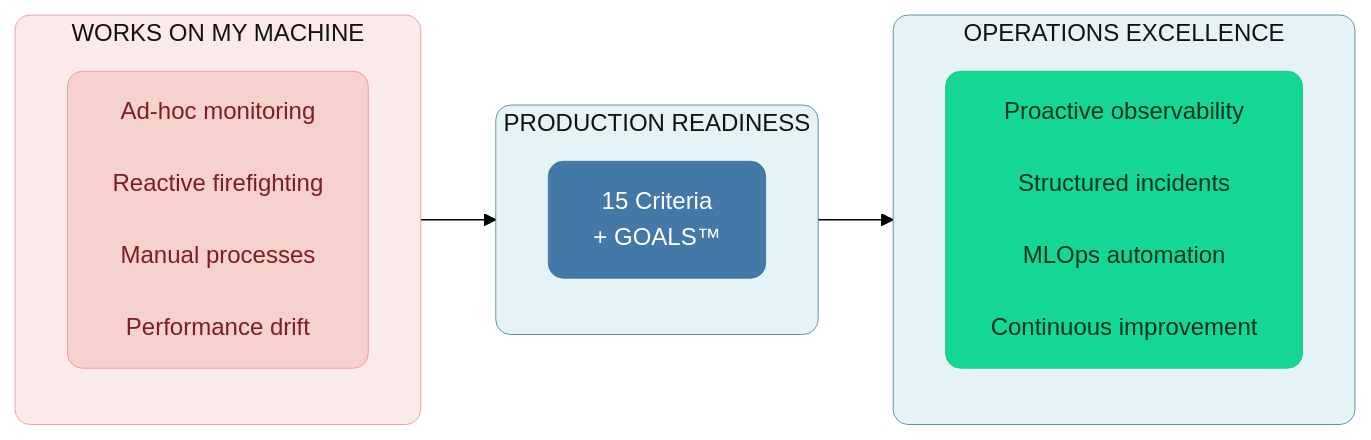
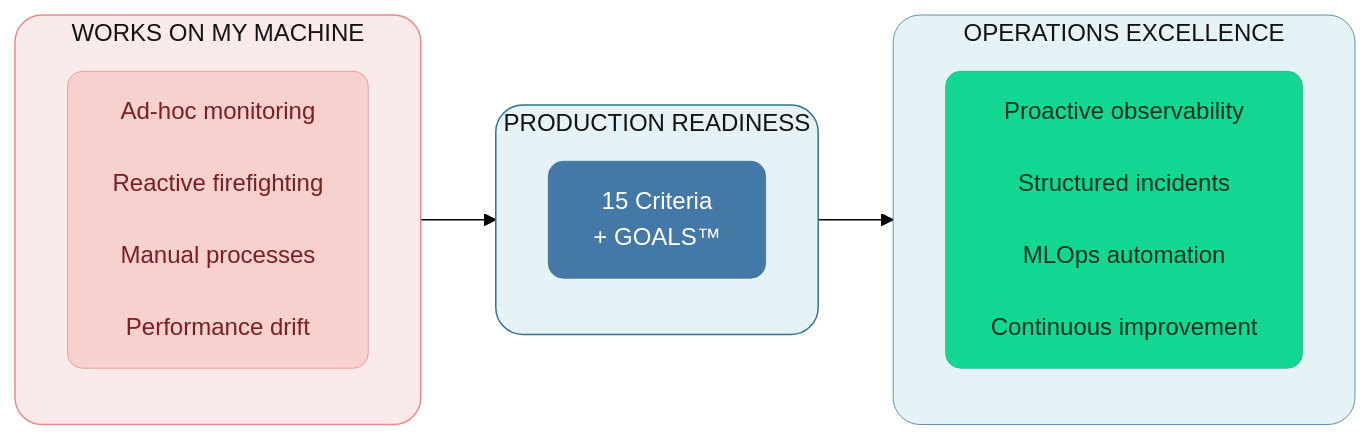
The first of 6 diagrams in manuscript/13_chapter_12_running_agents_at_scale_v1_2.md (saitejesh-cyber/trust-before-intelligence-book), drawn with Mermaid (forest theme) before and after one commit. The commit also changed other lines of this file and 12 other files, not shown here.

````diff
--- a/manuscript/13_chapter_12_running_agents_at_scale_v1_2.md
+++ b/manuscript/13_chapter_12_running_agents_at_scale_v1_2.md
@@ -9,28 +9,28 @@
 ```mermaid
 
 graph LR
     subgraph BEFORE["WORKS ON MY MACHINE"]
         direction TB
         B1["Ad-hoc monitoring<br/><br/>Reactive firefighting<br/><br/>Manual processes<br/><br/>Performance drift"]
     end
     
     subgraph TRANSFORM["PRODUCTION READINESS"]
         direction TB
         T1["15 Criteria<br/>+ GOALS™"]
     end
     
     subgraph AFTER["OPERATIONS EXCELLENCE"]
         direction TB
         A1["Proactive observability<br/><br/>Structured incidents<br/><br/>MLOps automation<br/><br/>Continuous improvement"]
     end
     
     BEFORE --> TRANSFORM --> AFTER
     
-    style BEFORE fill:#FBEAEA,stroke:#EB898B,stroke-width:0.5px,color:#121212,rx:10,ry:10
-    style TRANSFORM fill:#E6F3F6,stroke:#32738C,stroke-width:0.5px,color:#121212,rx:10,ry:10
-    style AFTER fill:#E6F3F6,stroke:#32738C,stroke-width:0.5px,color:#121212,rx:10,ry:10
+    style BEFORE fill:#FBEAEA,stroke:#EB898B,stroke-width:1px,color:#121212,rx:18,ry:18
+    style TRANSFORM fill:#E6F3F6,stroke:#32738C,stroke-width:1px,color:#121212,rx:18,ry:18
+    style AFTER fill:#E6F3F6,stroke:#32738C,stroke-width:0.5px,color:#121212,rx:18,ry:18
     style B1 fill:#F6D1CE,stroke:#EB898B,stroke-width:0.5px,color:#7A1F22,rx:10,ry:10
     style T1 fill:#4478A6,stroke:#32738C,stroke-width:0.5px,color:#ffffff,rx:10,ry:10
     style A1 fill:#14D793,stroke:#0FB67D,stroke-width:0.5px,color:#003322,rx:10,ry:10
 
 ```
````
